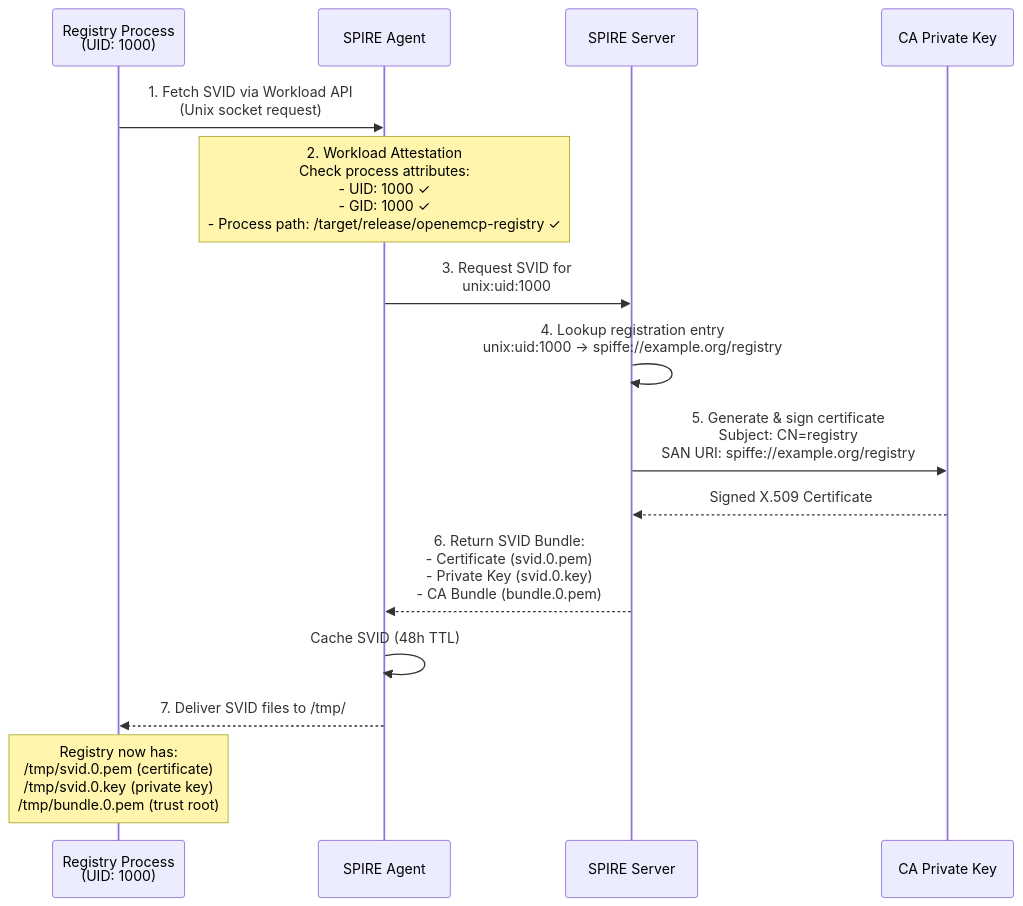
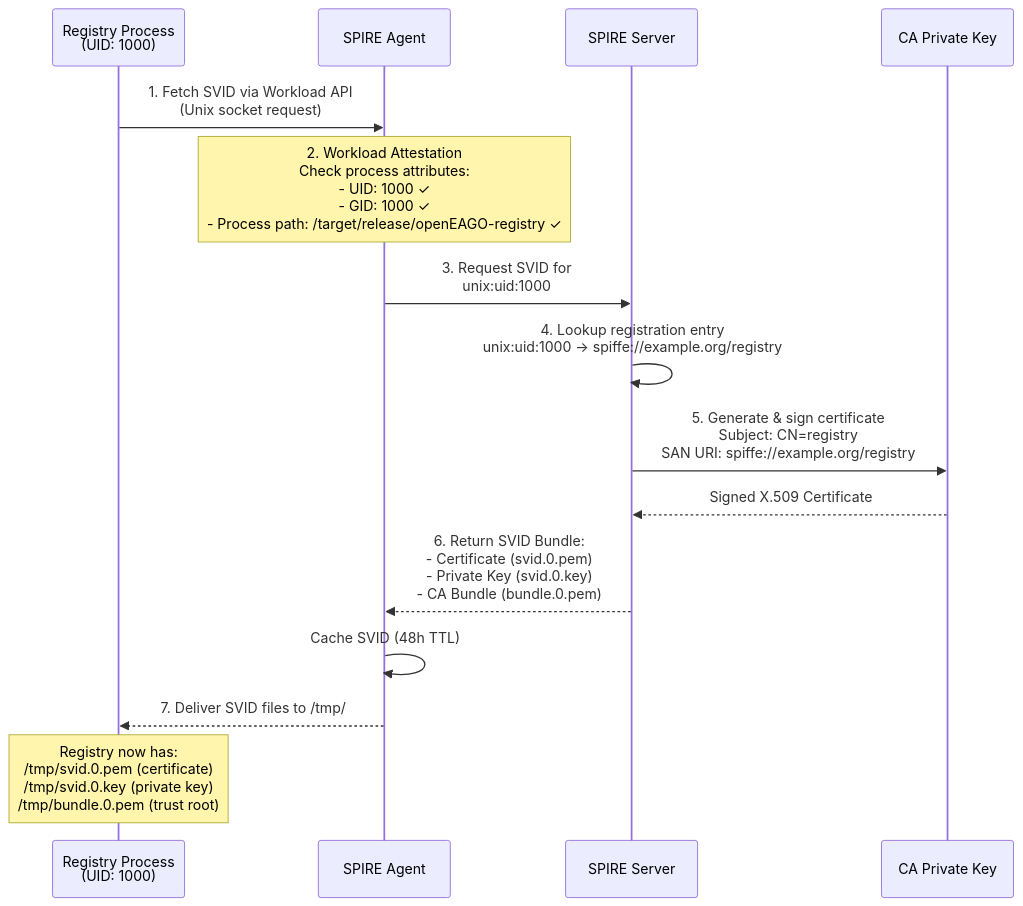
One commit to finos-labs/open-eago changed the third of 7 diagrams in docs/overview/security.md. Above: the diagram before and after it, drawn with Mermaid. The commit also changed 39 other files, not shown here.

````diff
--- a/docs/overview/security.md
+++ b/docs/overview/security.md
@@ -56,17 +56,17 @@
 ```mermaid
 sequenceDiagram
    participant Registry as Registry Process<br/>(UID: 1000)
    participant Agent as SPIRE Agent
    participant Server as SPIRE Server
    participant CA as CA Private Key
    Registry->>Agent: 1. Fetch SVID via Workload API<br/>(Unix socket request)
-   Note over Agent: 2. Workload Attestation<br/>Check process attributes:<br/>- UID: 1000 ✓<br/>- GID: 1000 ✓<br/>- Process path: /target/release/openemcp-registry ✓
+   Note over Agent: 2. Workload Attestation<br/>Check process attributes:<br/>- UID: 1000 ✓<br/>- GID: 1000 ✓<br/>- Process path: /target/release/openEAGO-registry ✓
    Agent->>Server: 3. Request SVID for<br/>unix:uid:1000
    Server->>Server: 4. Lookup registration entry<br/>unix:uid:1000 → spiffe://example.org/registry
    Server->>CA: 5. Generate & sign certificate<br/>Subject: CN=registry<br/>SAN URI: spiffe://example.org/registry
    CA-->>Server: Signed X.509 Certificate
    Server-->>Agent: 6. Return SVID Bundle:<br/>- Certificate (svid.0.pem)<br/>- Private Key (svid.0.key)<br/>- CA Bundle (bundle.0.pem)
    Agent->>Agent: Cache SVID (48h TTL)
    Agent-->>Registry: 7. Deliver SVID files to /tmp/
    Note over Registry: Registry now has:<br/>/tmp/svid.0.pem (certificate)<br/>/tmp/svid.0.key (private key)<br/>/tmp/bundle.0.pem (trust root)
 ```
````
